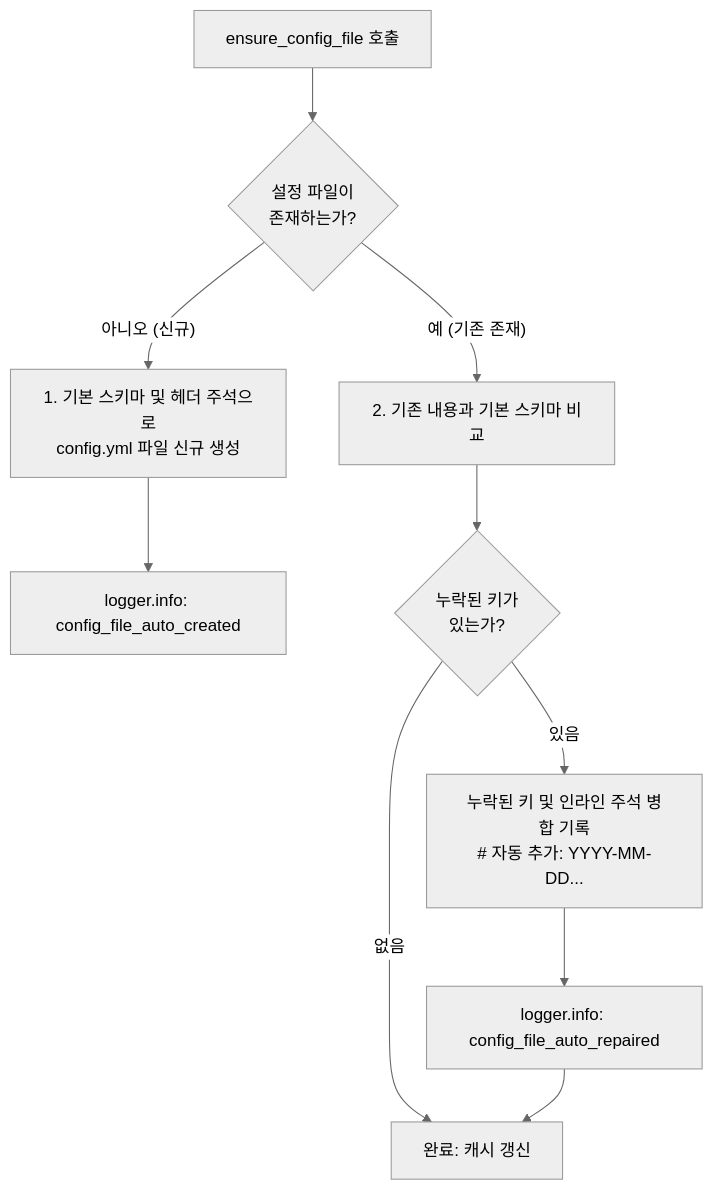
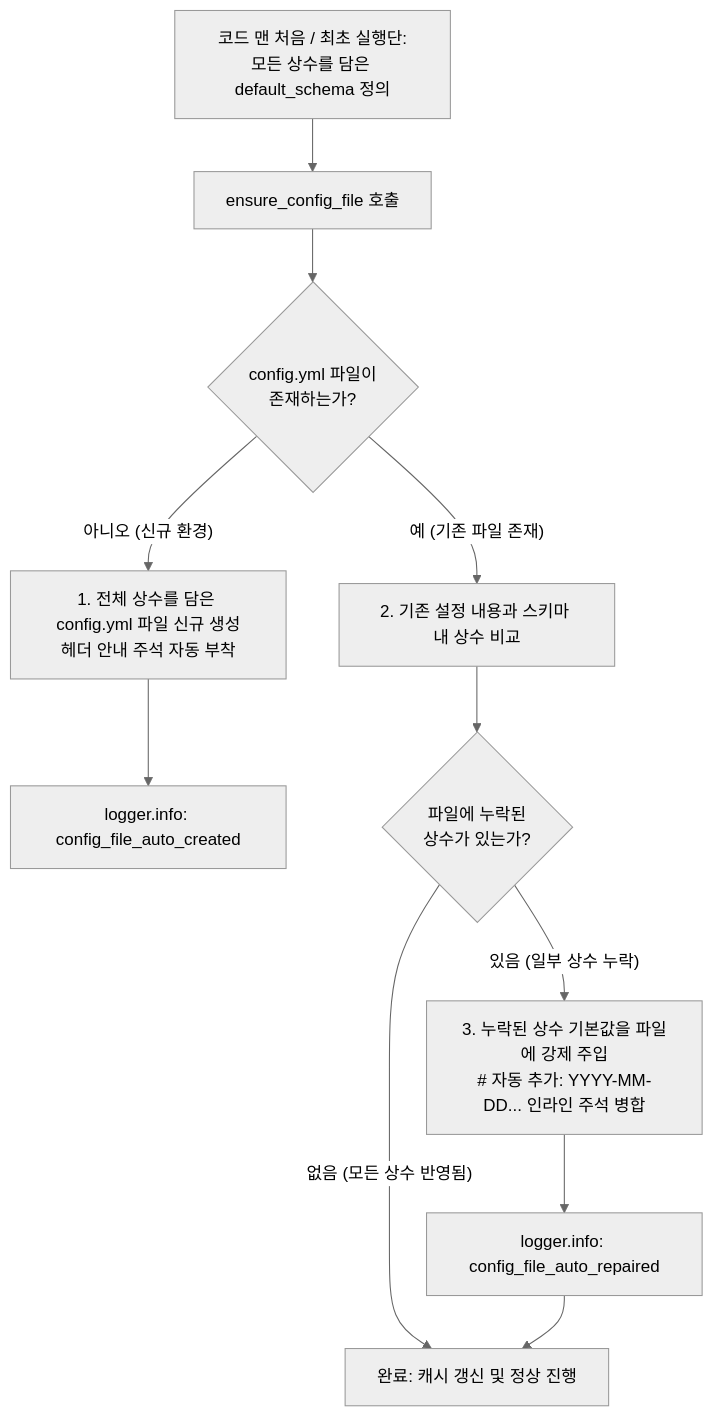
The diagram in manual/kr/config_loader/06_ensure_config_self_healing.md (kampores/agent_common), drawn with Mermaid (neutral theme) before and after one commit. The commit also changed other lines of this file and 15 other files, not shown here.

````diff
--- a/manual/kr/config_loader/06_ensure_config_self_healing.md
+++ b/manual/kr/config_loader/06_ensure_config_self_healing.md
@@ -37,14 +49,15 @@
 ```mermaid
 flowchart TD
-    Start[ensure_config_file 호출] --> CheckExist{설정 파일이<br/>존재하는가?}
+    Start[코드 맨 처음 / 최초 실행단:<br/>모든 상수를 담은 default_schema 정의] --> Call[ensure_config_file 호출]
+    Call --> CheckExist{config.yml 파일이<br/>존재하는가?}
     
-    CheckExist -- 아니오 (신규) --> CreateNew[1. 기본 스키마 및 헤더 주석으로<br/>config.yml 파일 신규 생성]
+    CheckExist -- 아니오 (신규 환경) --> CreateNew[1. 전체 상수를 담은 config.yml 파일 신규 생성<br/>헤더 안내 주석 자동 부착]
     CreateNew --> LogCreate[logger.info: config_file_auto_created]
     
-    CheckExist -- 예 (기존 존재) --> CompareSchema[2. 기존 내용과 기본 스키마 비교]
-    CompareSchema --> MissingCheck{누락된 키가<br/>있는가?}
-    MissingCheck -- 없음 --> Done[완료: 캐시 갱신]
-    MissingCheck -- 있음 --> Repair[누락된 키 및 인라인 주석 병합 기록<br/># 자동 추가: YYYY-MM-DD...]
-    Repair --> LogRepair[logger.info: config_file_auto_repaired]
+    CheckExist -- 예 (기존 파일 존재) --> CompareSchema[2. 기존 설정 내용과 스키마 내 상수 비교]
+    CompareSchema --> MissingCheck{파일에 누락된<br/>상수가 있는가?}
+    MissingCheck -- 없음 (모든 상수 반영됨) --> Done[완료: 캐시 갱신 및 정상 진행]
+    MissingCheck -- 있음 (일부 상수 누락) --> ForceInject[3. 누락된 상수 기본값을 파일에 강제 주입<br/># 자동 추가: YYYY-MM-DD... 인라인 주석 병합]
+    ForceInject --> LogRepair[logger.info: config_file_auto_repaired]
     LogRepair --> Done
 ```
````
